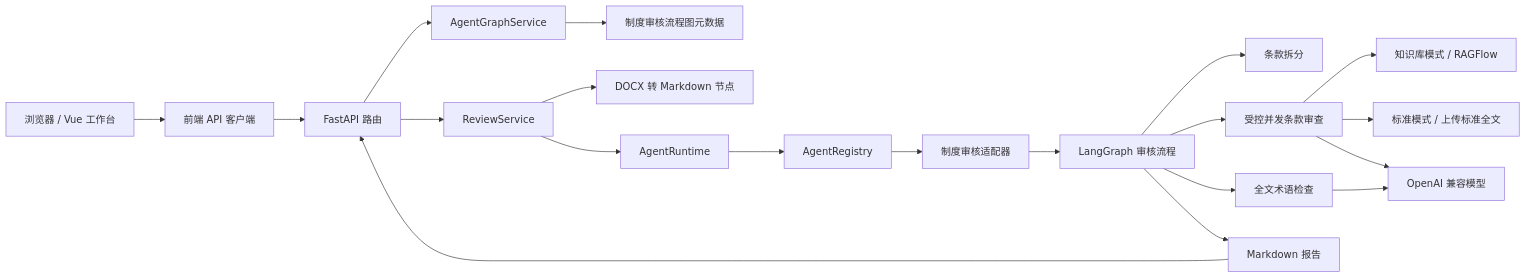
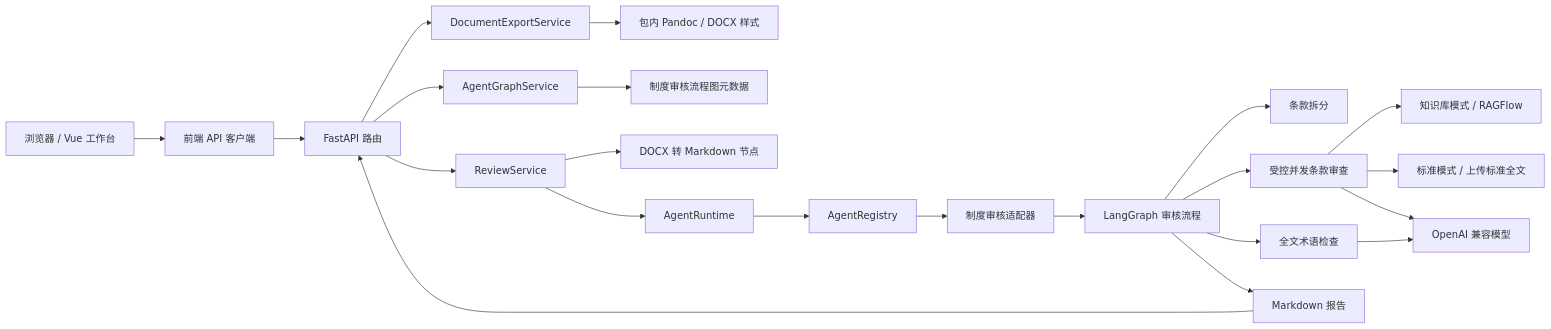
Before and after one commit to LiuEhe/AgentPlatform: the diagram in README.md, drawn with Mermaid. The commit also changed other lines of this file and 2 other files, not shown here.

````diff
--- a/README.md
+++ b/README.md
@@ -27,22 +29,24 @@
 ```mermaid
 flowchart LR
     Browser[浏览器 / Vue 工作台] --> APIClient[前端 API 客户端]
     APIClient --> API[FastAPI 路由]
     API --> ReviewService[ReviewService]
+    API --> ExportService[DocumentExportService]
+    ExportService --> Pandoc[包内 Pandoc / DOCX 样式]
     API --> AgentGraphService[AgentGraphService]
     AgentGraphService --> GraphMetadata[制度审核流程图元数据]
     ReviewService --> Docx[DOCX 转 Markdown 节点]
     ReviewService --> Runtime[AgentRuntime]
     Runtime --> Registry[AgentRegistry]
     Registry --> Adapter[制度审核适配器]
     Adapter --> Graph[LangGraph 审核流程]
     Graph --> Split[条款拆分]
     Graph --> ClauseReview[受控并发条款审查]
     Graph --> Terminology[全文术语检查]
     ClauseReview --> RAG[知识库模式 / RAGFlow]
     ClauseReview --> Standard[标准模式 / 上传标准全文]
     ClauseReview --> Model[OpenAI 兼容模型]
     Terminology --> Model
     Graph --> Report[Markdown 报告]
     Report --> API
 ```
````
